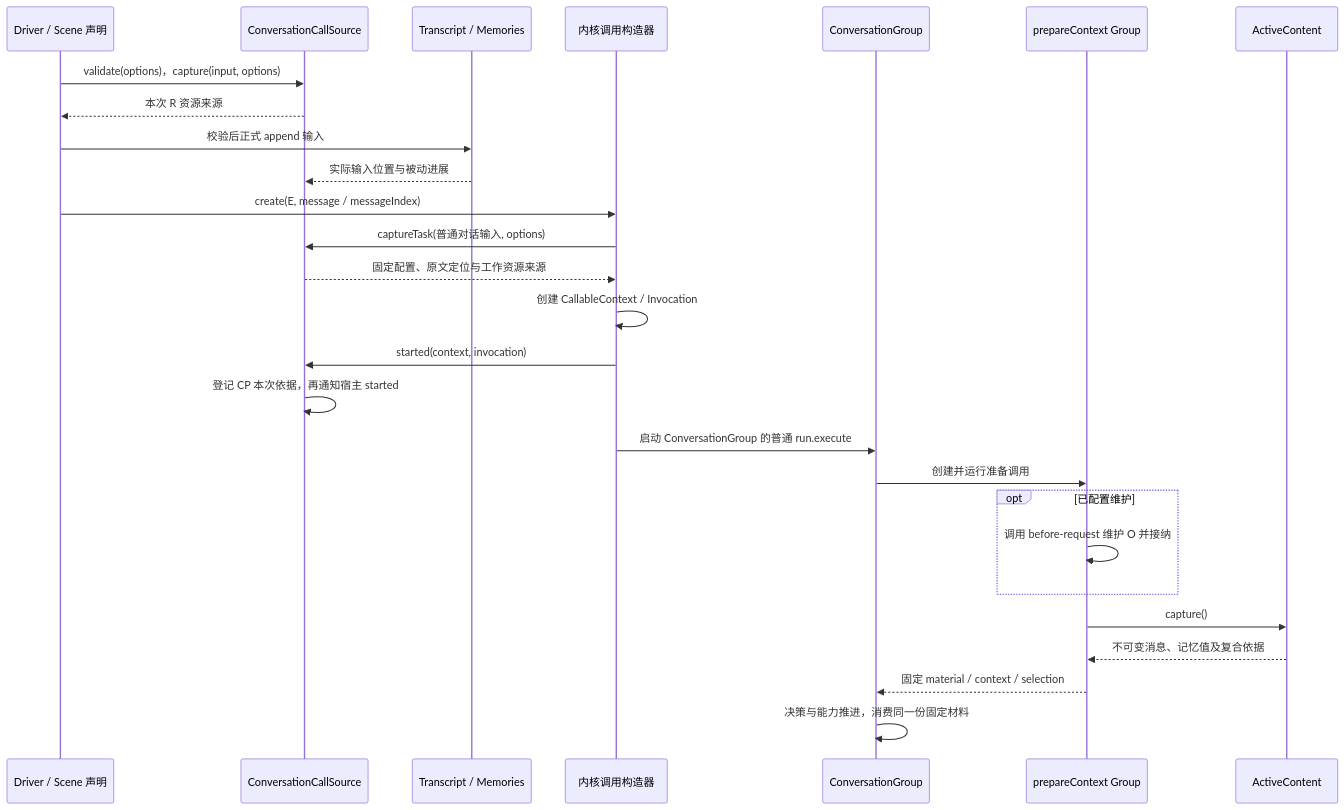
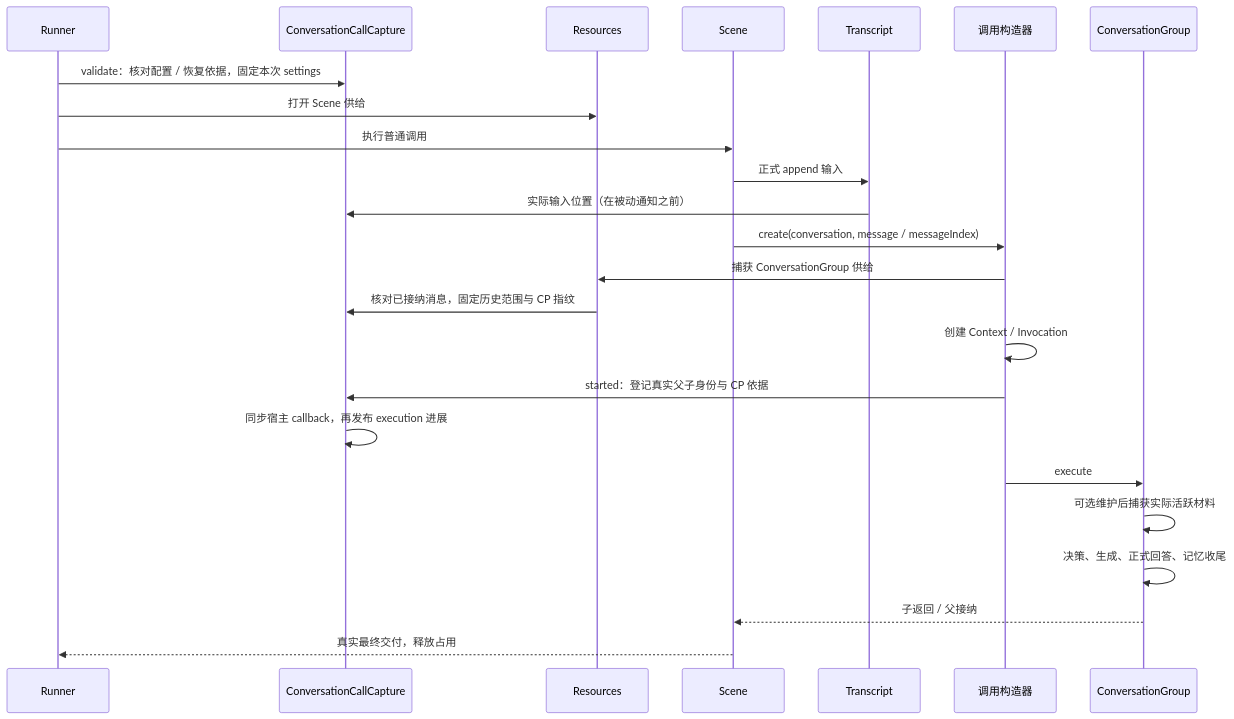
One commit to weiliang0121/capix changed the second of 2 diagrams in docs/service-assembly.md. Above: the diagram before and after it, drawn with Mermaid. The commit also changed other lines of this file and 97 other files, not shown here.

Commit message:
refactor: introduce Runner resources and migrate Observer execution

````diff
--- a/docs/service-assembly.md
+++ b/docs/service-assembly.md
@@ -83,29 +90,26 @@
 ```mermaid
 sequenceDiagram
-    participant R as Driver / Scene 声明
-    participant Source as ConversationCallSource
-    participant Entity as Transcript / Memories
-    participant Build as 内核调用构造器
-    participant E as ConversationGroup
-    participant Prep as prepareContext Group
-    participant Active as ActiveContent
-    R->>Source: validate(options)，capture(input, options)
-    Source-->>R: 本次 R 资源来源
-    R->>Entity: 校验后正式 append 输入
-    Entity-->>Source: 实际输入位置与被动进展
-    R->>Build: create(E, message / messageIndex)
-    Build->>Source: captureTask(普通对话输入, options)
-    Source-->>Build: 固定配置、原文定位与工作资源来源
-    Build->>Build: 创建 CallableContext / Invocation
-    Build->>Source: started(context, invocation)
-    Source->>Source: 登记 CP 本次依据，再通知宿主 started
-    Build->>E: 启动 ConversationGroup 的普通 run.execute
-    E->>Prep: 创建并运行准备调用
-    opt 已配置维护
-        Prep->>Prep: 调用 before-request 维护 O 并接纳
-    end
-    Prep->>Active: capture()
-    Active-->>Prep: 不可变消息、记忆值及复合依据
-    Prep-->>E: 固定 material / context / selection
-    E->>E: 决策与能力推进，消费同一份固定材料
+    participant Runner
+    participant Capture as ConversationCallCapture
+    participant Resources
+    participant Scene
+    participant Transcript
+    participant Build as 调用构造器
+    participant Group as ConversationGroup
+    Runner->>Capture: validate：核对配置 / 恢复依据，固定本次 settings
+    Runner->>Resources: 打开 Scene 供给
+    Runner->>Scene: 执行普通调用
+    Scene->>Transcript: 正式 append 输入
+    Transcript->>Capture: 实际输入位置（在被动通知之前）
+    Scene->>Build: create(conversation, message / messageIndex)
+    Build->>Resources: 捕获 ConversationGroup 供给
+    Resources->>Capture: 核对已接纳消息，固定历史范围与 CP 指纹
+    Build->>Build: 创建 Context / Invocation
+    Build->>Capture: started：登记真实父子身份与 CP 依据
+    Capture->>Capture: 同步宿主 callback，再发布 execution 进展
+    Build->>Group: execute
+    Group->>Group: 可选维护后捕获实际活跃材料
+    Group->>Group: 决策、生成、正式回答、记忆收尾
+    Group-->>Scene: 子返回 / 父接纳
+    Scene-->>Runner: 真实最终交付，释放占用
 ```
````
